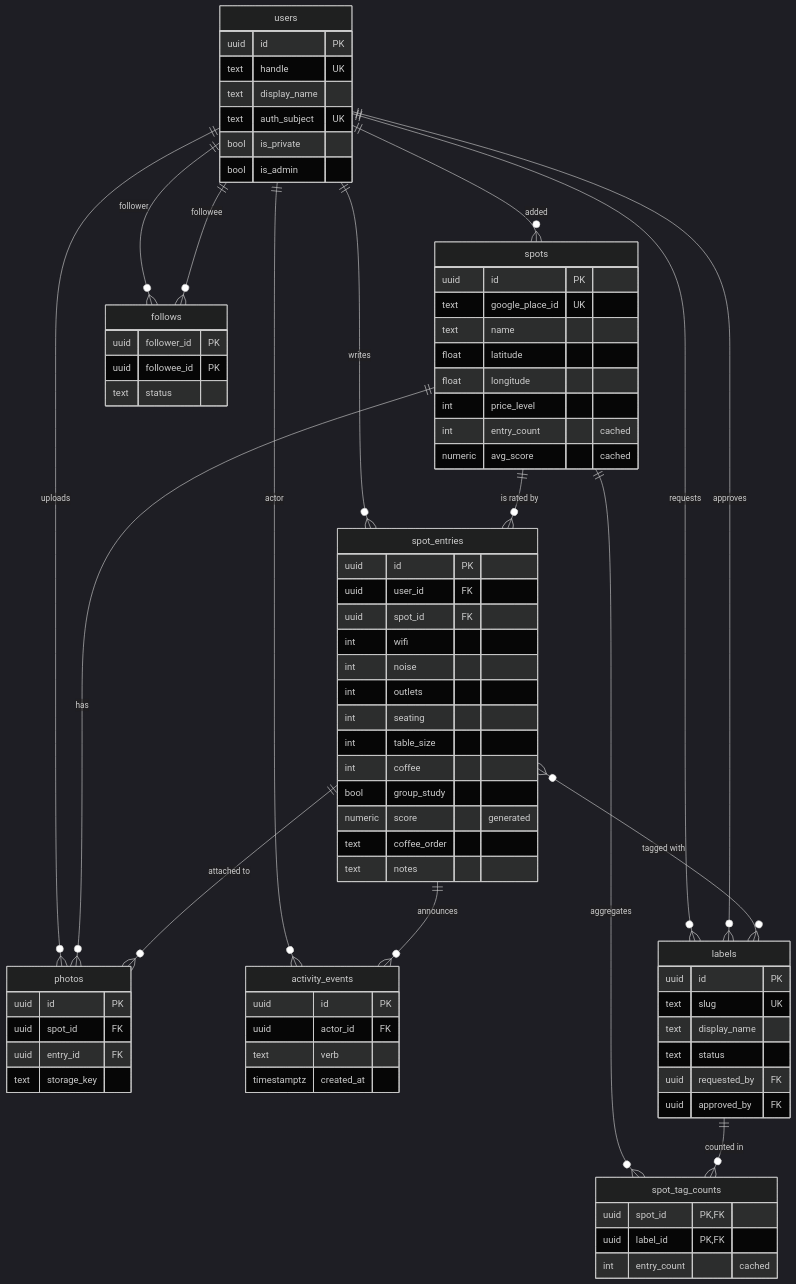
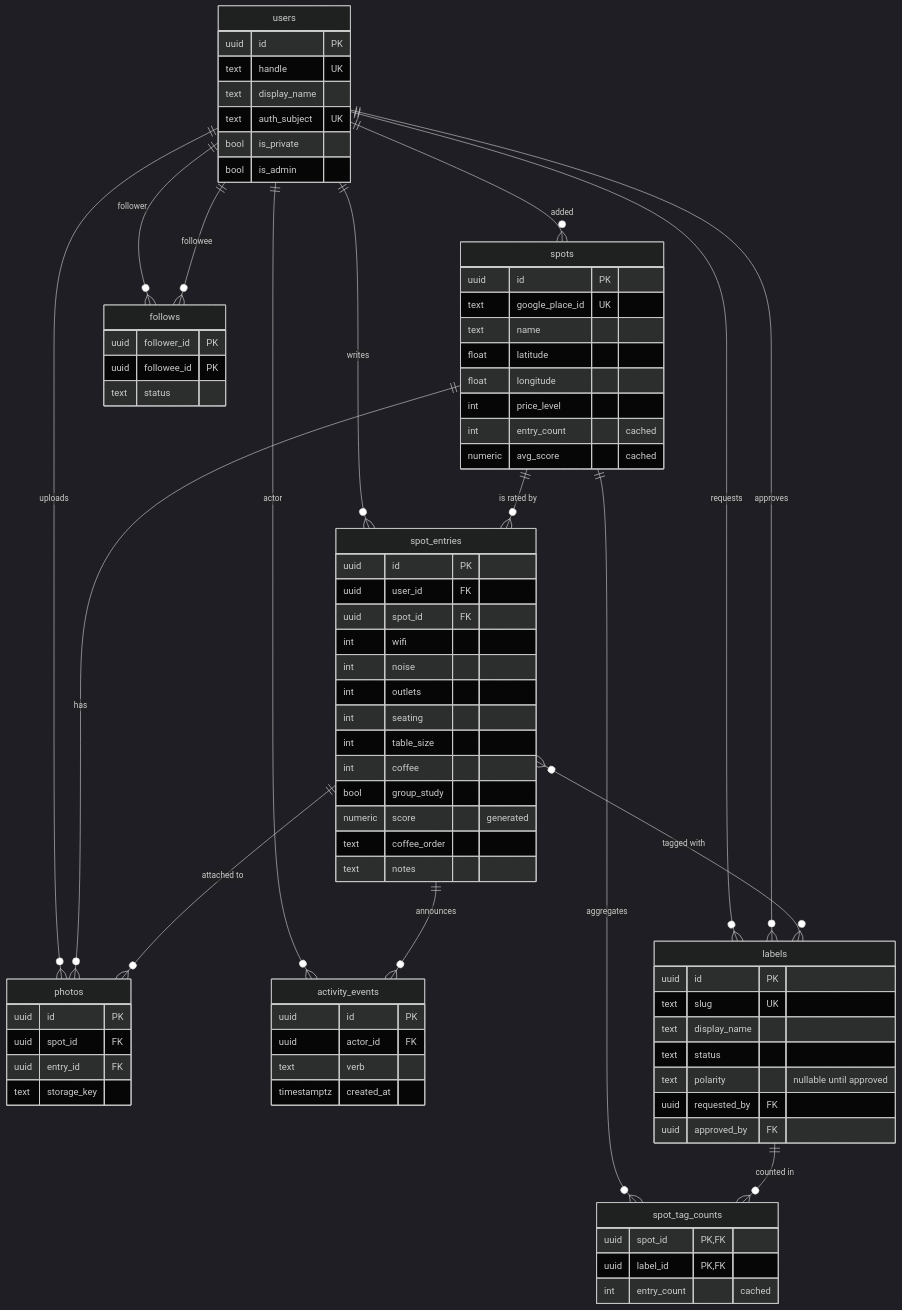
Before and after one commit to Dustrunner369/studease: the diagram in context/data-model.md, drawn with Mermaid (dark theme). The commit also changed other lines of this file and 16 other files, not shown here.

```diff
--- a/context/data-model.md
+++ b/context/data-model.md
@@ -61,6 +61,7 @@
         text slug UK
         text display_name
         text status
+        text polarity "nullable until approved"
         uuid requested_by FK
         uuid approved_by FK
     }
```
